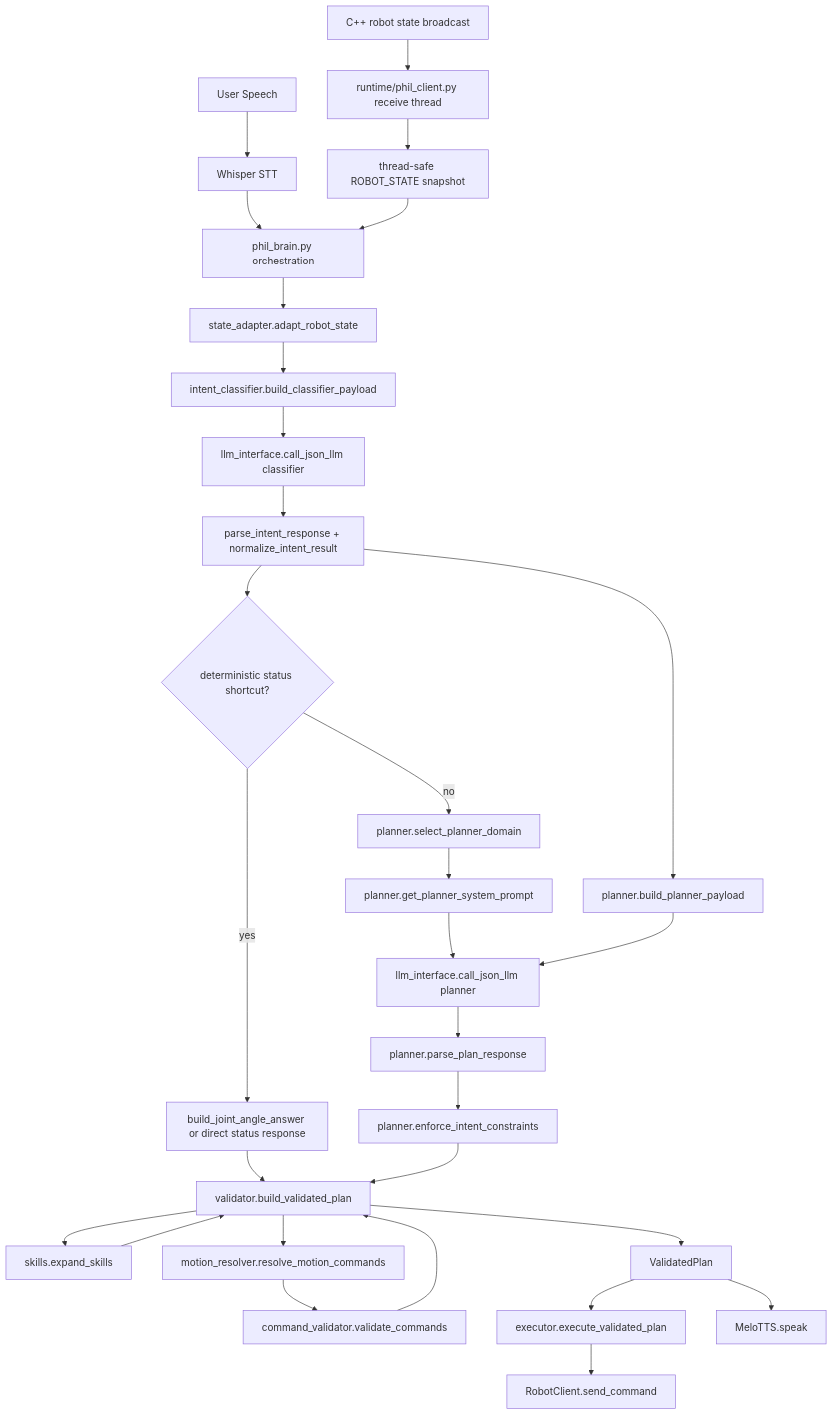
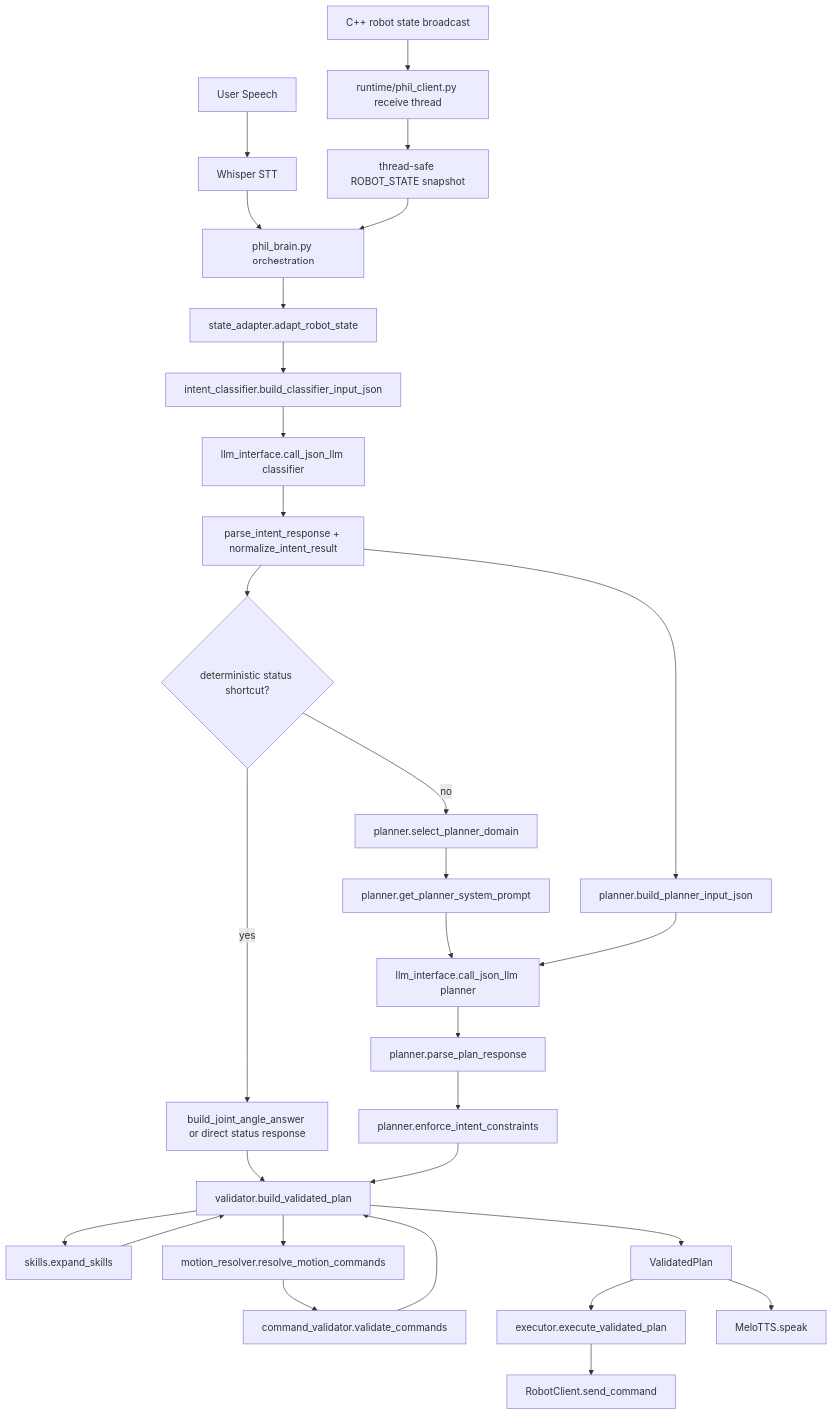
Before and after one commit to KIST-delight-robotics/DrumRobot2: the diagram in phil_robot/docs/LLM_PIPELINE_ARCHITECTURE.md, drawn with Mermaid. The commit also changed other lines of this file and 15 other files, not shown here.

````diff
--- a/phil_robot/docs/LLM_PIPELINE_ARCHITECTURE.md
+++ b/phil_robot/docs/LLM_PIPELINE_ARCHITECTURE.md
@@ -274,38 +274,38 @@
 ```mermaid
 flowchart TD
     A[User Speech] --> B[Whisper STT]
     B --> C[phil_brain.py orchestration]
     C --> D[state_adapter.adapt_robot_state]
 
-    D --> E[intent_classifier.build_classifier_payload]
+    D --> E[intent_classifier.build_classifier_input_json]
     E --> F[llm_interface.call_json_llm classifier]
     F --> G[parse_intent_response + normalize_intent_result]
 
     G --> H{deterministic status shortcut?}
     H -->|yes| I[build_joint_angle_answer or direct status response]
     H -->|no| J[planner.select_planner_domain]
     J --> K[planner.get_planner_system_prompt]
-    G --> L[planner.build_planner_payload]
+    G --> L[planner.build_planner_input_json]
     K --> M[llm_interface.call_json_llm planner]
     L --> M
     M --> N[planner.parse_plan_response]
     N --> O[planner.enforce_intent_constraints]
 
     I --> P[validator.build_validated_plan]
     O --> P
 
     P --> Q[skills.expand_skills]
     P --> R[motion_resolver.resolve_motion_commands]
     R --> S[command_validator.validate_commands]
     Q --> P
     S --> P
 
     P --> T[ValidatedPlan]
     T --> U[executor.execute_validated_plan]
     U --> V[RobotClient.send_command]
     T --> W[MeloTTS.speak]
 
     X[C++ robot state broadcast] --> Y[runtime/phil_client.py receive thread]
     Y --> Z[thread-safe ROBOT_STATE snapshot]
     Z --> C
 ```
````
